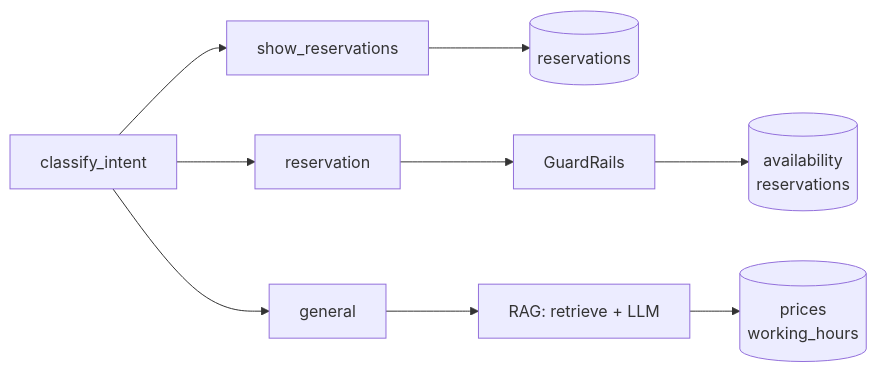
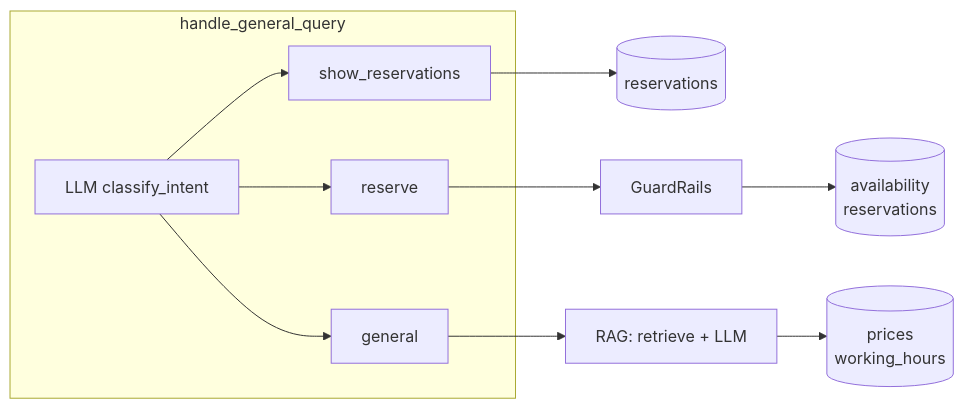
One commit to oliaboo/parking_reservation_chatbot changed the third of 9 diagrams in docs/SYSTEM_SUMMARY.md. Above: the diagram before and after it, drawn with Mermaid. The commit also changed other lines of this file and 6 other files, not shown here.

````diff
--- a/docs/SYSTEM_SUMMARY.md
+++ b/docs/SYSTEM_SUMMARY.md
@@ -99,9 +96,12 @@
 ```mermaid
 flowchart LR
-  CI[classify_intent] --> S[show_reservations]
-  CI --> R[reservation]
-  CI --> G[general]
+  subgraph HG["handle_general_query"]
+    LLM_INTENT[LLM classify_intent]
+    LLM_INTENT --> S[show_reservations]
+    LLM_INTENT --> R[reserve]
+    LLM_INTENT --> G[general]
+  end
   S --> DB1[(reservations)]
   R --> GR[GuardRails] --> DB2[(availability\nreservations)]
   G --> RAG[RAG: retrieve + LLM] --> DB3[(prices\nworking_hours)]
 ```
````
